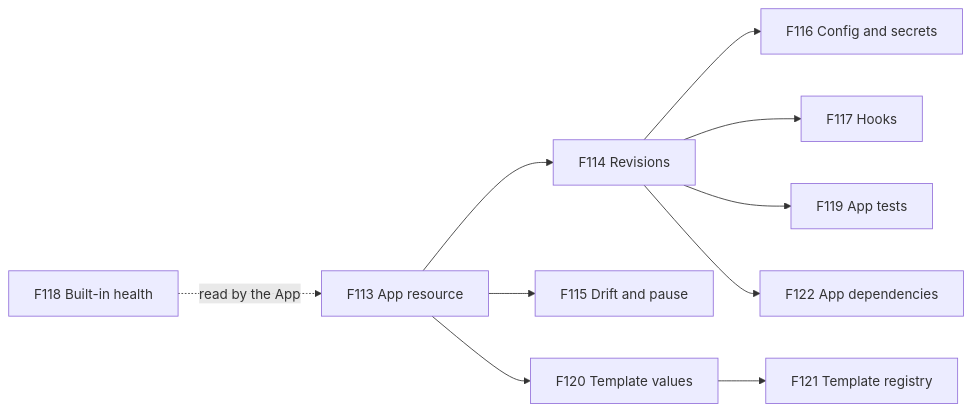
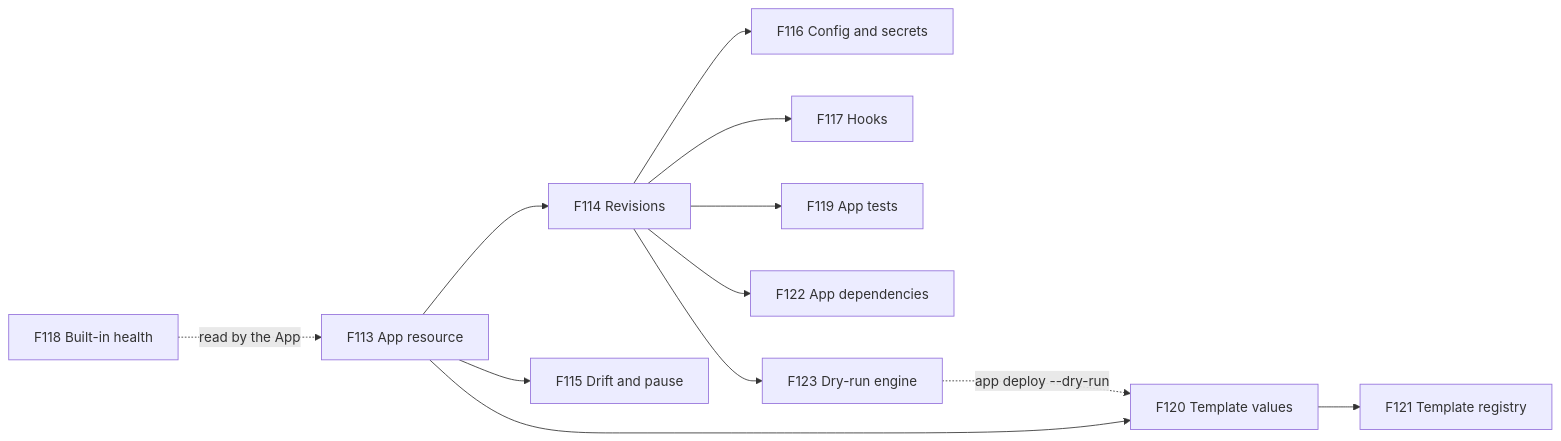
The first of 7 diagrams in docs/feat/0010-feat-apps.md (pyvvo/funcd), drawn with Mermaid before and after one commit. The commit also changed other lines of this file and 1 other file, not shown here.

First line of the commit message:
docs(feat): add F123, a dry-run engine, to FEAT-0010

````diff
--- a/docs/feat/0010-feat-apps.md
+++ b/docs/feat/0010-feat-apps.md
@@ -47,12 +48,14 @@
 ```mermaid
 flowchart LR
     F113["F113 App resource"] --> F114["F114 Revisions"]
     F113 --> F115["F115 Drift and pause"]
     F114 --> F116["F116 Config and secrets"]
     F114 --> F117["F117 Hooks"]
     F114 --> F119["F119 App tests"]
     F114 --> F122["F122 App dependencies"]
     F113 --> F120["F120 Template values"]
     F120 --> F121["F121 Template registry"]
     F118["F118 Built-in health"] -.->|"read by the App"| F113
+    F114 --> F123["F123 Dry-run engine"]
+    F123 -.->|"app deploy --dry-run"| F120
 ```
````
